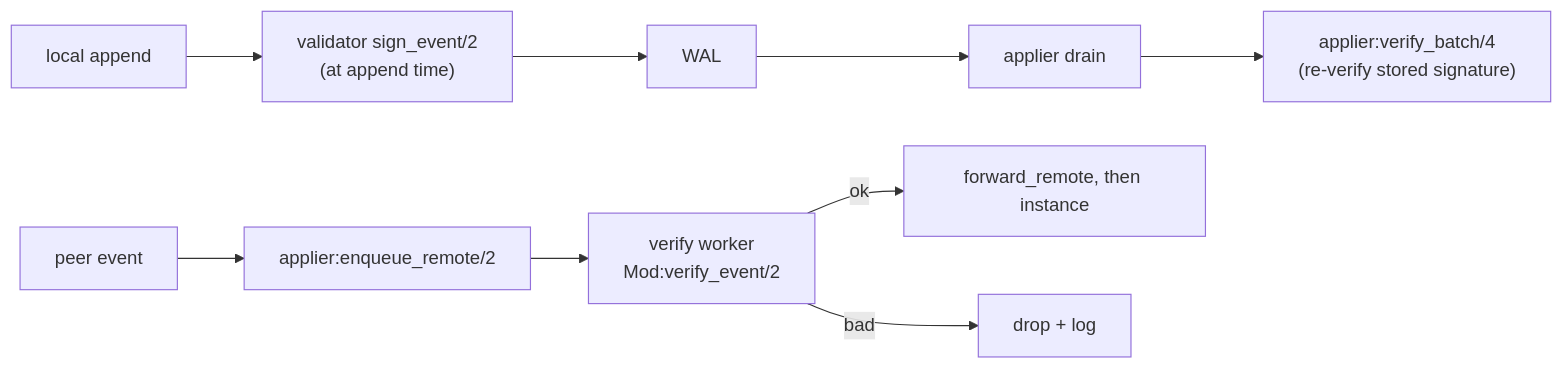
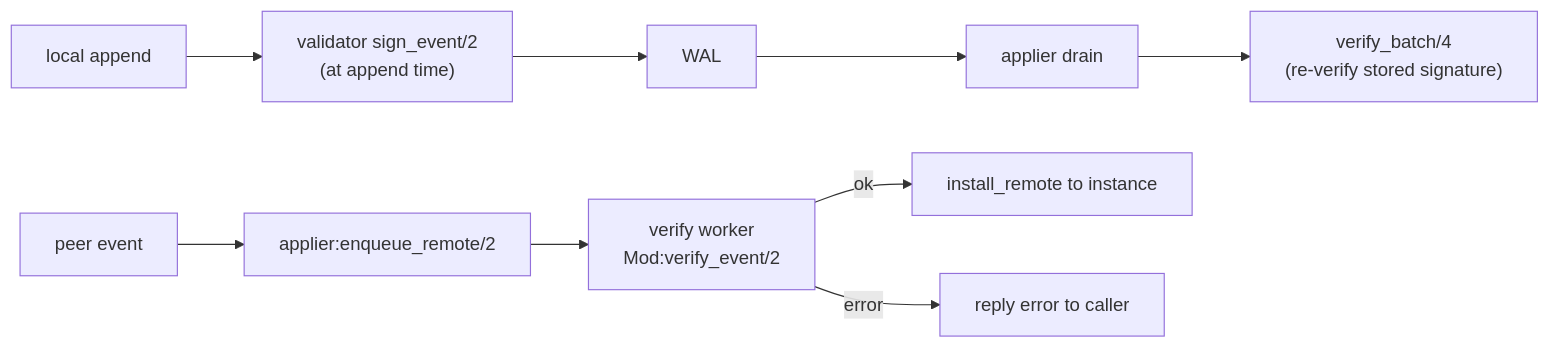
Before and after one commit to bondy-io/bondy: the seventh of 8 diagrams in apps/bondy_db/doc_extras/architecture/04_applier.md, drawn with Mermaid. The commit also changed other lines of this file and 449 other files, not shown here.

````diff
--- a/apps/bondy_db/doc_extras/architecture/04_applier.md
+++ b/apps/bondy_db/doc_extras/architecture/04_applier.md
@@ -340,12 +379,12 @@
 ```mermaid
 flowchart LR
     LOCAL["local append"] --> SIGN["validator sign_event/2<br/>(at append time)"]
     SIGN --> WAL["WAL"]
     WAL --> DRAIN["applier drain"]
-    DRAIN --> REVER["applier:verify_batch/4<br/>(re-verify stored signature)"]
+    DRAIN --> REVER["verify_batch/4<br/>(re-verify stored signature)"]
 
     PEER["peer event"] --> ENQ["applier:enqueue_remote/2"]
     ENQ --> WORK["verify worker<br/>Mod:verify_event/2"]
-    WORK -->|ok| FWD["forward_remote, then instance"]
-    WORK -->|bad| DROP["drop + log"]
+    WORK -->|ok| FWD["install_remote to instance"]
+    WORK -->|error| DROP["reply error to caller"]
 ```
````
